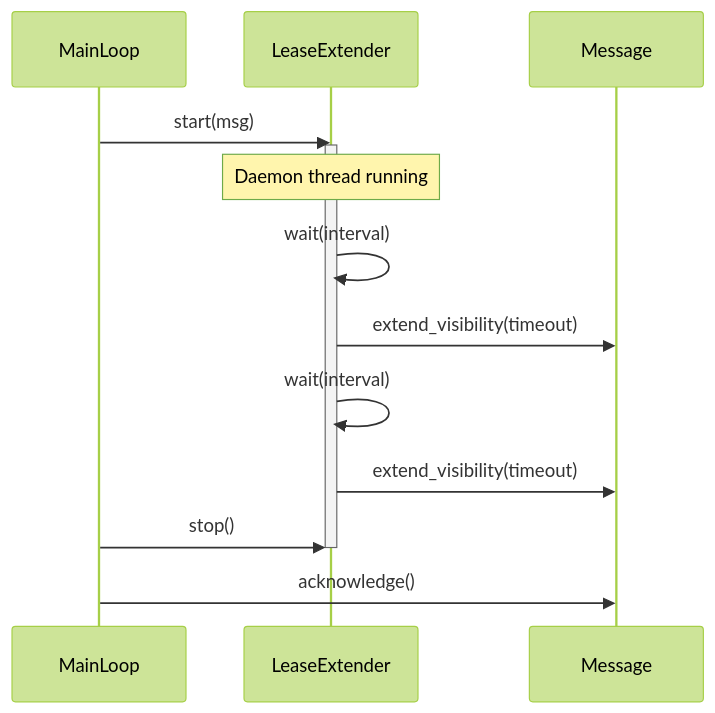
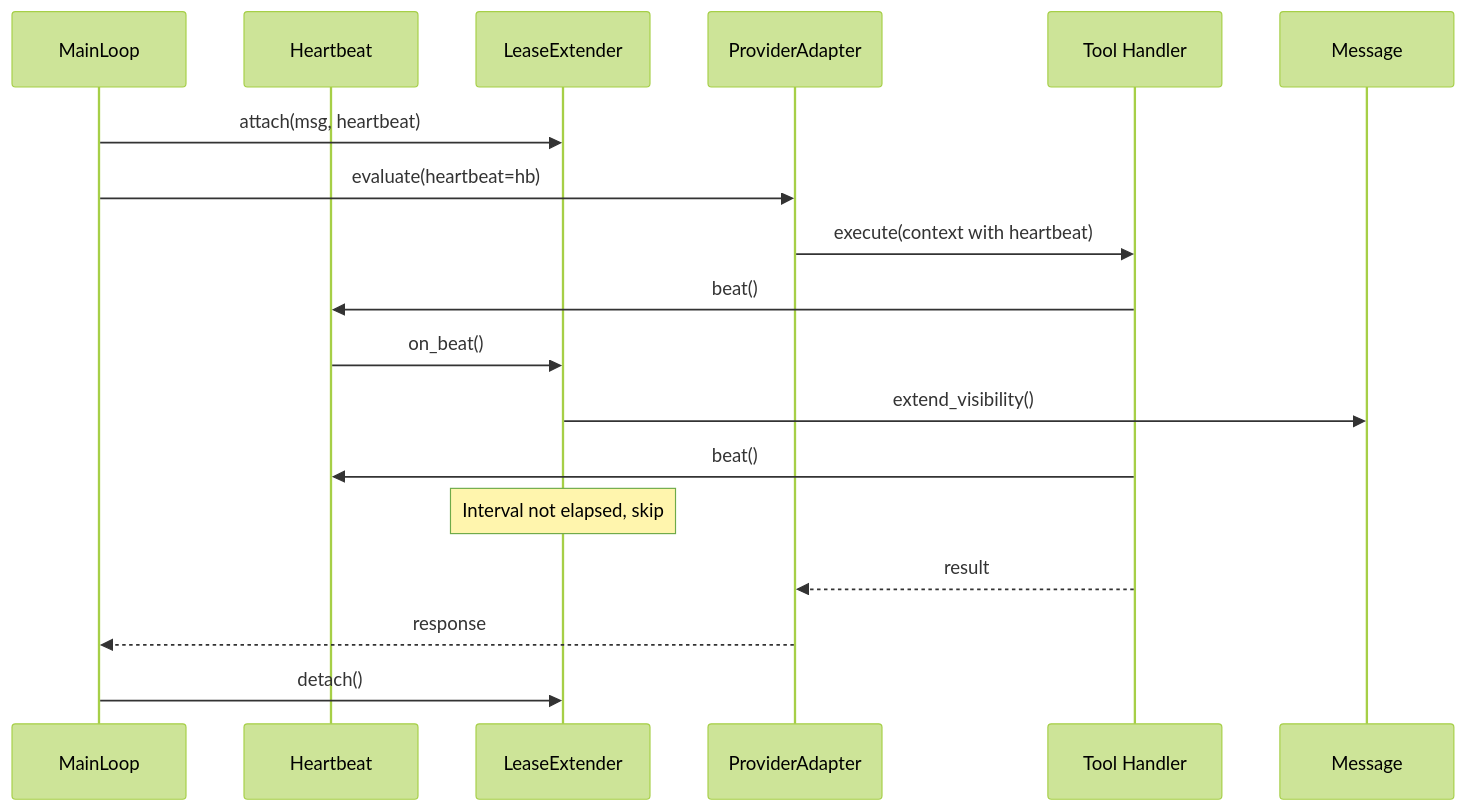
Before and after one commit to weakincentives/weakincentives: the first of 2 diagrams in specs/LEASE_EXTENDER.md, drawn with Mermaid (forest theme). The commit also changed other lines of this file, not shown here.

First line of the commit message:
Revise lease extender to use heartbeat-based extension

````diff
--- a/specs/LEASE_EXTENDER.md
+++ b/specs/LEASE_EXTENDER.md
@@ -23,17 +28,21 @@
 ```mermaid
 sequenceDiagram
     participant ML as MainLoop
+    participant HB as Heartbeat
     participant LE as LeaseExtender
+    participant Adapter as ProviderAdapter
+    participant Tool as Tool Handler
     participant Msg as Message
 
-    ML->>LE: start(msg)
-    activate LE
-    Note over LE: Daemon thread running
-    LE->>LE: wait(interval)
-    LE->>Msg: extend_visibility(timeout)
-    LE->>LE: wait(interval)
-    LE->>Msg: extend_visibility(timeout)
-    ML->>LE: stop()
-    deactivate LE
-    ML->>Msg: acknowledge()
+    ML->>LE: attach(msg, heartbeat)
+    ML->>Adapter: evaluate(heartbeat=hb)
+    Adapter->>Tool: execute(context with heartbeat)
+    Tool->>HB: beat()
+    HB->>LE: on_beat()
+    LE->>Msg: extend_visibility()
+    Tool->>HB: beat()
+    Note over LE: Interval not elapsed, skip
+    Tool-->>Adapter: result
+    Adapter-->>ML: response
+    ML->>LE: detach()
 ```
````
